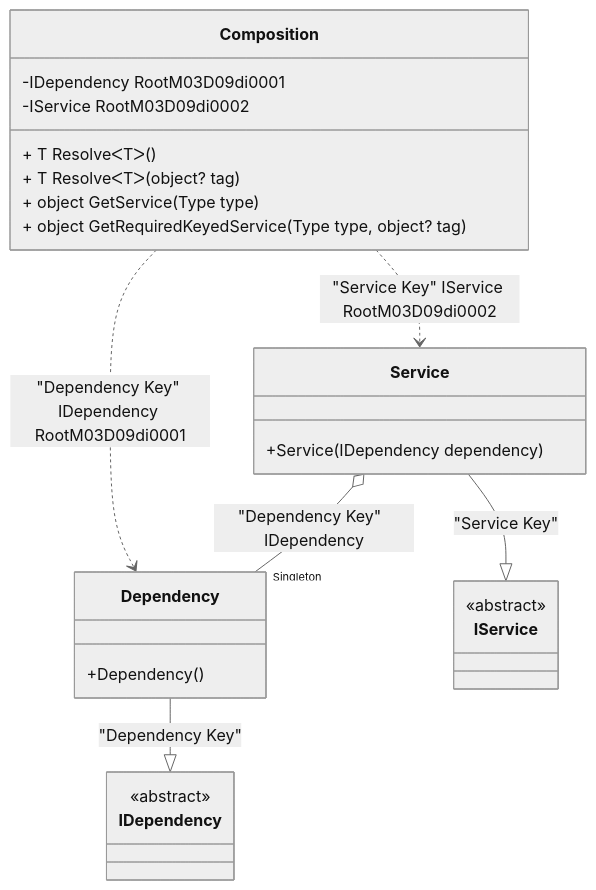
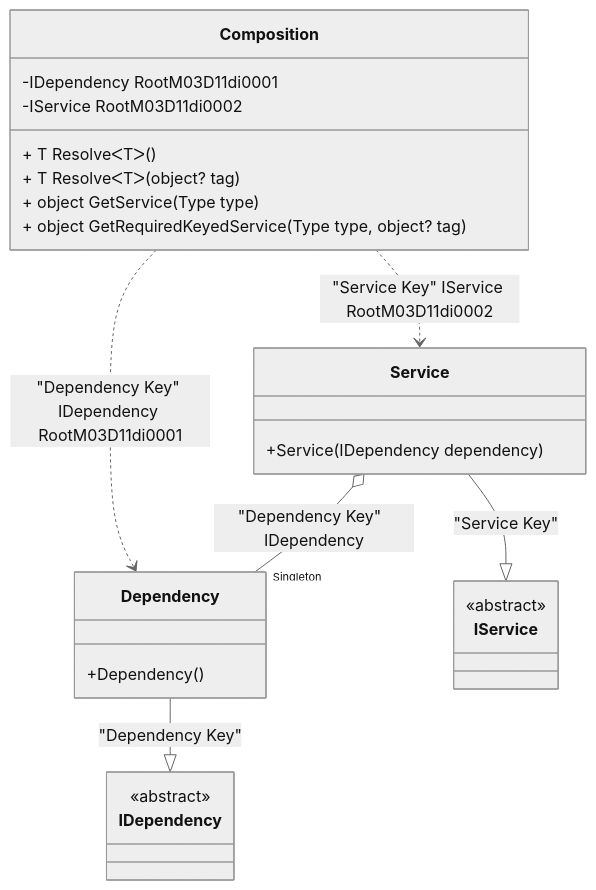
Before and after one commit to DevTeam/Pure.DI: the diagram in readme/keyed-service-provider.md, drawn with Mermaid (neutral theme). The commit also changed other lines of this file and 73 other files, not shown here.

````diff
--- a/readme/keyed-service-provider.md
+++ b/readme/keyed-service-provider.md
@@ -50,28 +50,28 @@
 ```mermaid
 classDiagram
   class Composition {
-    -IDependency RootM03D09di0001
-    -IService RootM03D09di0002
+    -IDependency RootM03D11di0001
+    -IService RootM03D11di0002
     + T ResolveᐸTᐳ()
     + T ResolveᐸTᐳ(object? tag)
     + object GetService(Type type)
     + object GetRequiredKeyedService(Type type, object? tag)
   }
   Dependency --|> IDependency : "Dependency Key" 
   class Dependency {
     +Dependency()
   }
   Service --|> IService : "Service Key" 
   class Service {
     +Service(IDependency dependency)
   }
   class IDependency {
     <<abstract>>
   }
   class IService {
     <<abstract>>
   }
   Service o--  "Singleton" Dependency : "Dependency Key"  IDependency
-  Composition ..> Dependency : "Dependency Key" IDependency RootM03D09di0001
-  Composition ..> Service : "Service Key" IService RootM03D09di0002
+  Composition ..> Dependency : "Dependency Key" IDependency RootM03D11di0001
+  Composition ..> Service : "Service Key" IService RootM03D11di0002
 ```
````
